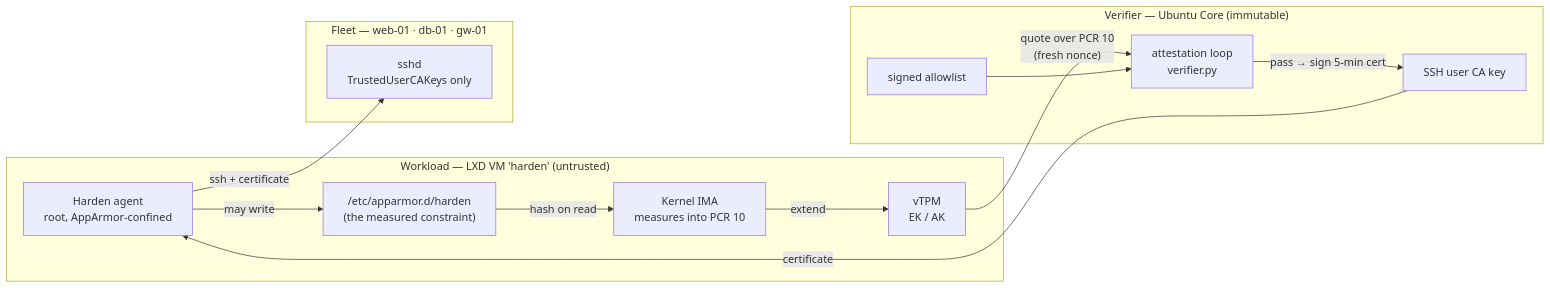
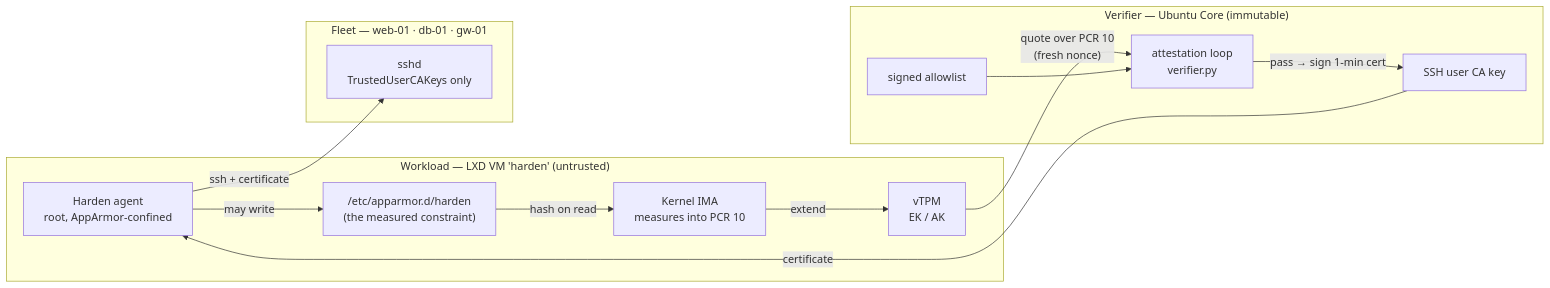
The first of 2 diagrams in docs/ARCHITECTURE.md (saif-farid-tech/Attested-Agent-Authority), drawn with Mermaid before and after one commit. The commit also changed other lines of this file and 8 other files, not shown here.

````diff
--- a/docs/ARCHITECTURE.md
+++ b/docs/ARCHITECTURE.md
@@ -6,28 +6,28 @@
 ```mermaid
 flowchart LR
     subgraph W["Workload — LXD VM 'harden' (untrusted)"]
         A[Harden agent<br/>root, AppArmor-confined]
         P["/etc/apparmor.d/harden<br/>(the measured constraint)"]
         K[Kernel IMA<br/>measures into PCR 10]
         T[vTPM<br/>EK / AK]
         A -- may write --> P
         P -- hash on read --> K
         K -- extend --> T
     end
 
     subgraph V["Verifier — Ubuntu Core (immutable)"]
         AT[attestation loop<br/>verifier.py]
         AL[signed allowlist]
         CA[SSH user CA key]
     end
 
     subgraph F["Fleet — web-01 · db-01 · gw-01"]
         S[sshd<br/>TrustedUserCAKeys only]
     end
 
     T -- "quote over PCR 10<br/>(fresh nonce)" --> AT
     AL --> AT
-    AT -- "pass → sign 5-min cert" --> CA
+    AT -- "pass → sign 1-min cert" --> CA
     CA -- certificate --> A
     A -- "ssh + certificate" --> S
 ```
````
